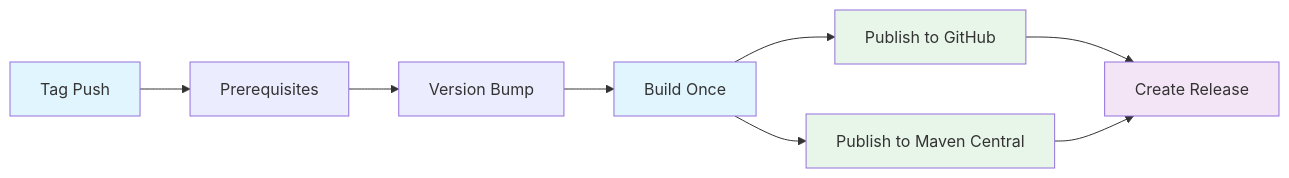
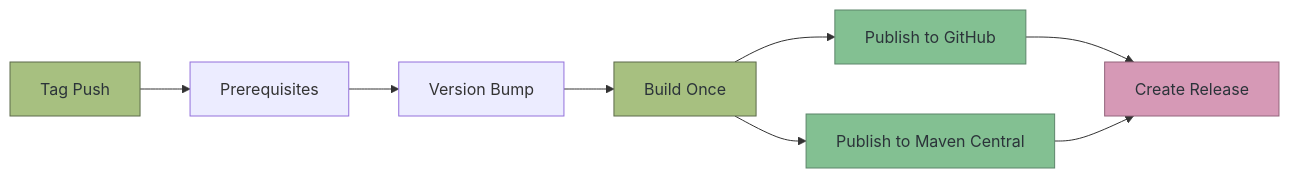
The sixth of 6 diagrams in docs/workflows.md (diggsweden/reusable-ci), drawn with Mermaid before and after one commit. The commit also changed other lines of this file and 17 other files, not shown here.

````diff
--- a/docs/workflows.md
+++ b/docs/workflows.md
@@ -164,16 +143,16 @@
 ```mermaid
 graph LR
     A[Tag Push] --> B[Prerequisites]
     B --> C[Version Bump]
     C --> D[Build Once]
     D --> E1[Publish to GitHub]
     D --> E2[Publish to Maven Central]
     E1 --> F[Create Release]
     E2 --> F
 
-    style A fill:#e1f5ff
-    style D fill:#e1f5ff
-    style E1 fill:#e8f5e9
-    style E2 fill:#e8f5e9
-    style F fill:#f3e5f5
+    style A fill:#a7c080,stroke:#5c6a4a,color:#2b3339
+    style D fill:#a7c080,stroke:#5c6a4a,color:#2b3339
+    style E1 fill:#83c092,stroke:#5c856a,color:#2b3339
+    style E2 fill:#83c092,stroke:#5c856a,color:#2b3339
+    style F fill:#d699b6,stroke:#93647c,color:#2b3339
 ```
````
